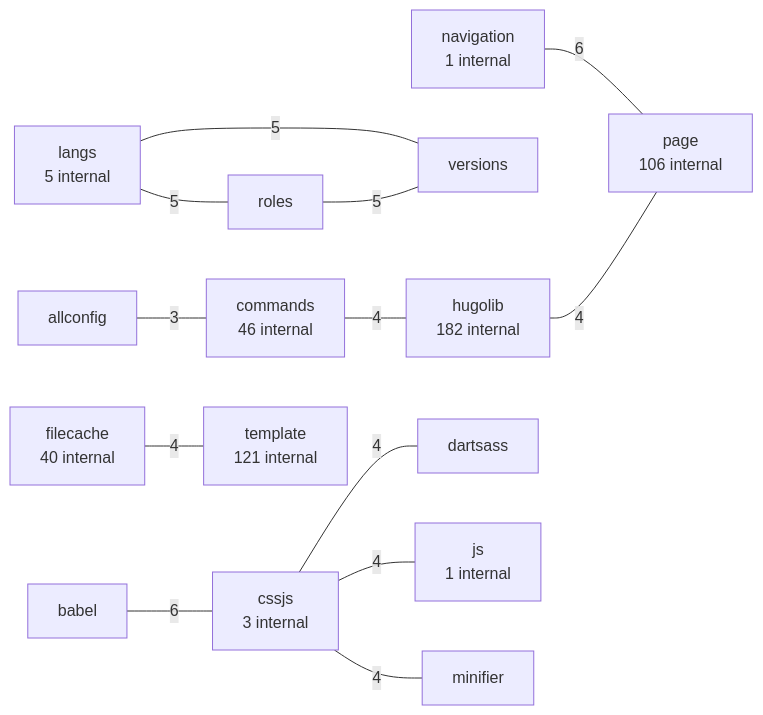
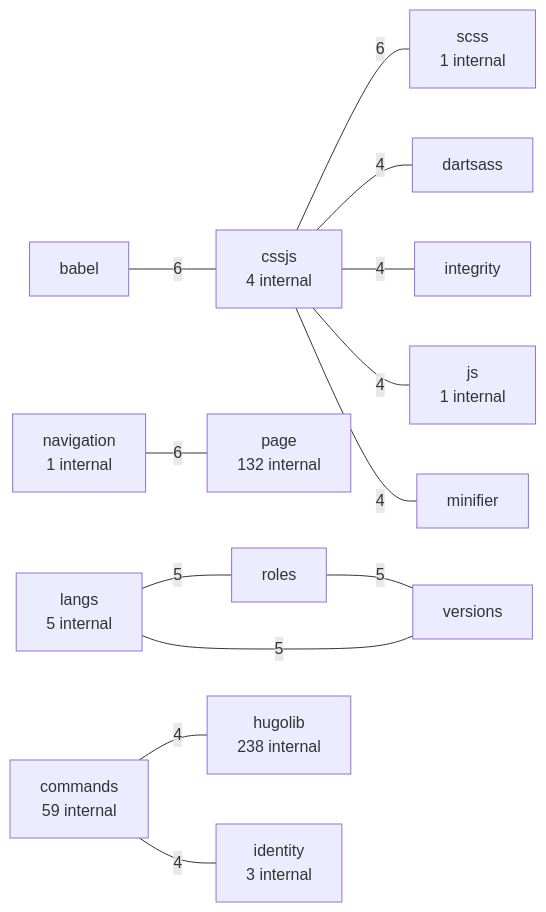
Before and after one commit to LukasSelin/doppel: the second of 3 diagrams in examples/hugo.md, drawn with Mermaid. The commit also changed other lines of this file and 19 other files, not shown here.

````diff
--- a/examples/hugo.md
+++ b/examples/hugo.md
@@ -123,30 +126,30 @@
 ```mermaid
 flowchart LR
     p0["babel"]
-    p1["cssjs<br/>3 internal"]
+    p1["cssjs<br/>4 internal"]
     p0 ---|"6"| p1
-    p2["navigation<br/>1 internal"]
-    p3["page<br/>106 internal"]
-    p2 ---|"6"| p3
-    p4["langs<br/>5 internal"]
-    p5["roles"]
-    p4 ---|"5"| p5
-    p6["versions"]
-    p4 ---|"5"| p6
+    p2["scss<br/>1 internal"]
+    p1 ---|"6"| p2
+    p3["navigation<br/>1 internal"]
+    p4["page<br/>132 internal"]
+    p3 ---|"6"| p4
+    p5["langs<br/>5 internal"]
+    p6["roles"]
     p5 ---|"5"| p6
-    p7["commands<br/>46 internal"]
-    p8["hugolib<br/>182 internal"]
-    p7 ---|"4"| p8
-    p9["dartsass"]
-    p1 ---|"4"| p9
-    p10["js<br/>1 internal"]
-    p1 ---|"4"| p10
-    p11["minifier"]
+    p7["versions"]
+    p5 ---|"5"| p7
+    p6 ---|"5"| p7
+    p8["commands<br/>59 internal"]
+    p9["hugolib<br/>238 internal"]
+    p8 ---|"4"| p9
+    p10["identity<br/>3 internal"]
+    p8 ---|"4"| p10
+    p11["dartsass"]
     p1 ---|"4"| p11
-    p12["filecache<br/>40 internal"]
-    p13["template<br/>121 internal"]
-    p12 ---|"4"| p13
-    p8 ---|"4"| p3
-    p14["allconfig"]
-    p14 ---|"3"| p7
+    p12["integrity"]
+    p1 ---|"4"| p12
+    p13["js<br/>1 internal"]
+    p1 ---|"4"| p13
+    p14["minifier"]
+    p1 ---|"4"| p14
 ```
````
